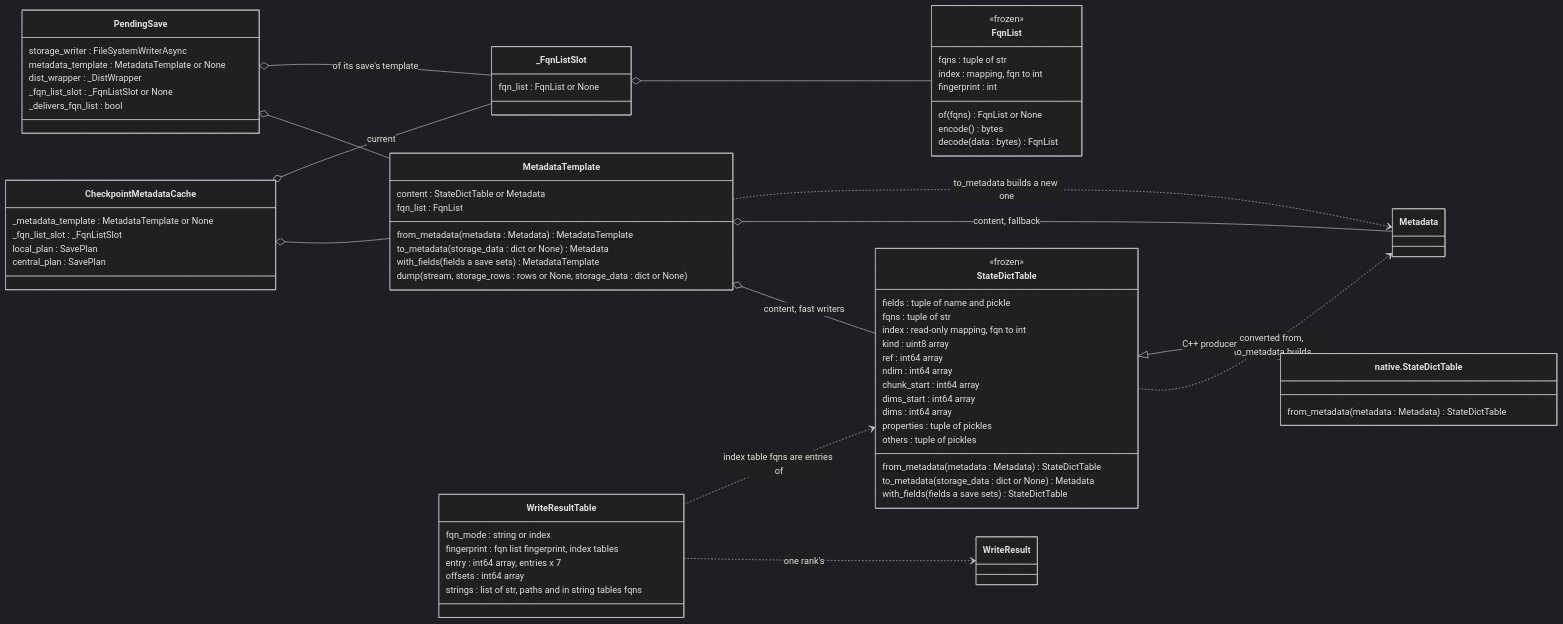
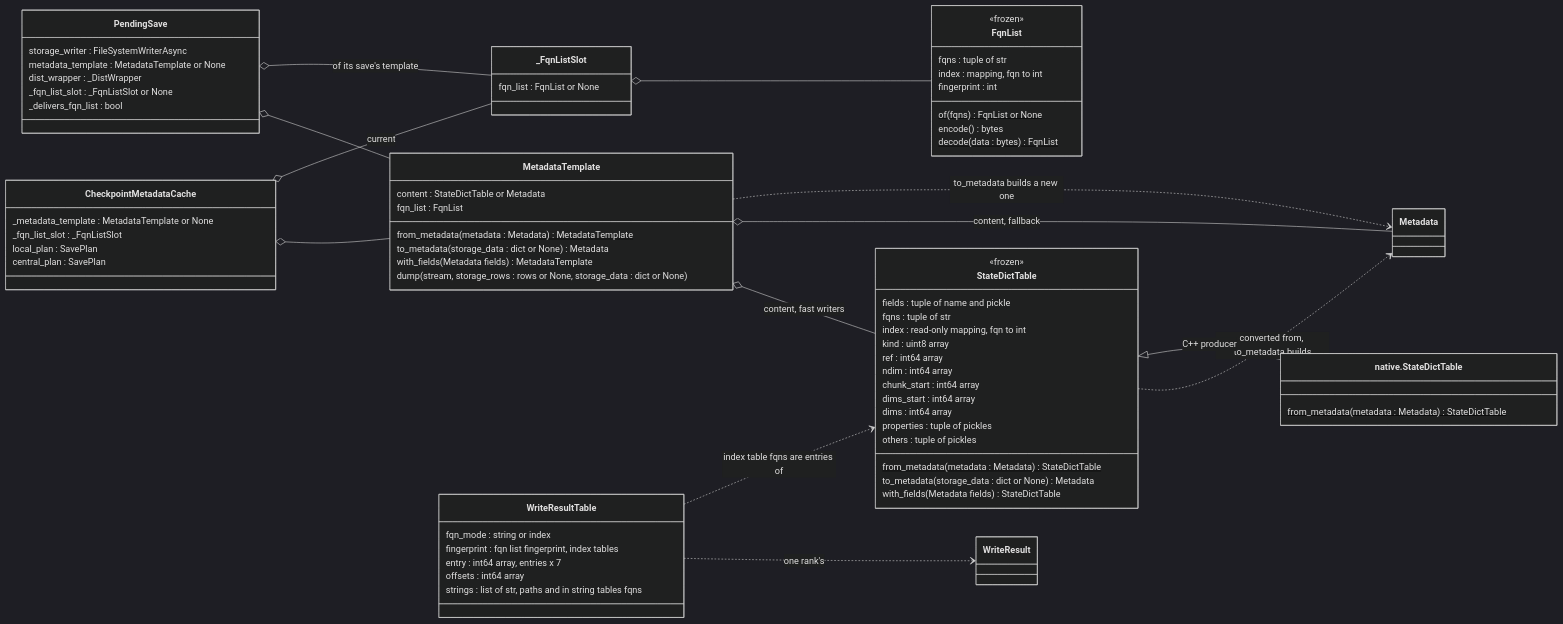
Before and after one commit to NVIDIA/nvidia-resiliency-ext: the second of 5 diagrams in docs/design/checkpoint/ASYNC_SAVE.md, drawn with Mermaid (dark theme). The commit also changed other lines of this file and 3 other files, not shown here.

First line of the commit message:
Say which fields with_fields sets

````diff
--- a/docs/design/checkpoint/ASYNC_SAVE.md
+++ b/docs/design/checkpoint/ASYNC_SAVE.md
@@ -108,76 +108,76 @@
 ```mermaid
 classDiagram
     direction LR
     class CheckpointMetadataCache {
         _metadata_template : MetadataTemplate or None
         _fqn_list_slot : _FqnListSlot
         local_plan : SavePlan
         central_plan : SavePlan
     }
     class PendingSave {
         storage_writer : FileSystemWriterAsync
         metadata_template : MetadataTemplate or None
         dist_wrapper : _DistWrapper
         _fqn_list_slot : _FqnListSlot or None
         _delivers_fqn_list : bool
     }
     class _FqnListSlot {
         fqn_list : FqnList or None
     }
     class FqnList {
         <<frozen>>
         fqns : tuple of str
         index : mapping, fqn to int
         fingerprint : int
         of(fqns)$ FqnList or None
         encode() bytes
         decode(data : bytes)$ FqnList
     }
     class MetadataTemplate {
         content : StateDictTable or Metadata
         fqn_list : FqnList
         from_metadata(metadata : Metadata)$ MetadataTemplate
         to_metadata(storage_data : dict or None) Metadata
-        with_fields(fields a save sets) MetadataTemplate
+        with_fields(Metadata fields) MetadataTemplate
         dump(stream, storage_rows : rows or None, storage_data : dict or None)
     }
     class StateDictTable {
         <<frozen>>
         fields : tuple of name and pickle
         fqns : tuple of str
         index : read-only mapping, fqn to int
         kind : uint8 array
         ref : int64 array
         ndim : int64 array
         chunk_start : int64 array
         dims_start : int64 array
         dims : int64 array
         properties : tuple of pickles
         others : tuple of pickles
         from_metadata(metadata : Metadata)$ StateDictTable
         to_metadata(storage_data : dict or None) Metadata
-        with_fields(fields a save sets) StateDictTable
+        with_fields(Metadata fields) StateDictTable
     }
     class NativeStateDictTable["native.StateDictTable"] {
         from_metadata(metadata : Metadata)$ StateDictTable
     }
     class WriteResultTable {
         fqn_mode : string or index
         fingerprint : fqn list fingerprint, index tables
         entry : int64 array, entries x 7
         offsets : int64 array
         strings : list of str, paths and in string tables fqns
     }
     CheckpointMetadataCache o-- MetadataTemplate
     CheckpointMetadataCache o-- _FqnListSlot : current
     PendingSave o-- MetadataTemplate
     PendingSave o-- _FqnListSlot : of its save's template
     _FqnListSlot o-- FqnList
     MetadataTemplate o-- StateDictTable : content, fast writers
     MetadataTemplate o-- Metadata : content, fallback
     MetadataTemplate ..> Metadata : to_metadata builds a new one
     StateDictTable ..> Metadata : converted from, to_metadata builds
     StateDictTable <|-- NativeStateDictTable : C++ producer
     WriteResultTable ..> WriteResult : one rank's
     WriteResultTable ..> StateDictTable : index table fqns are entries of
 ```
````
